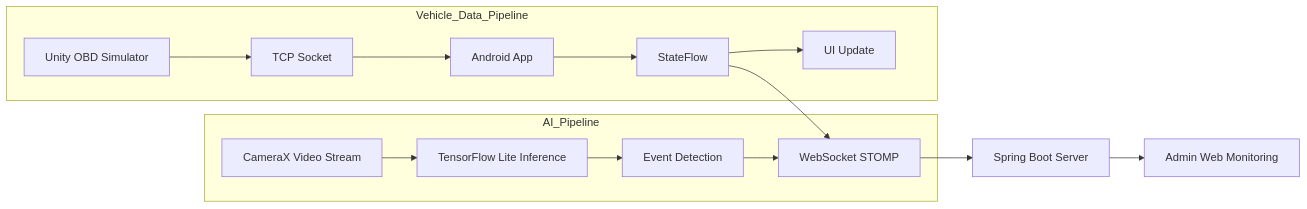
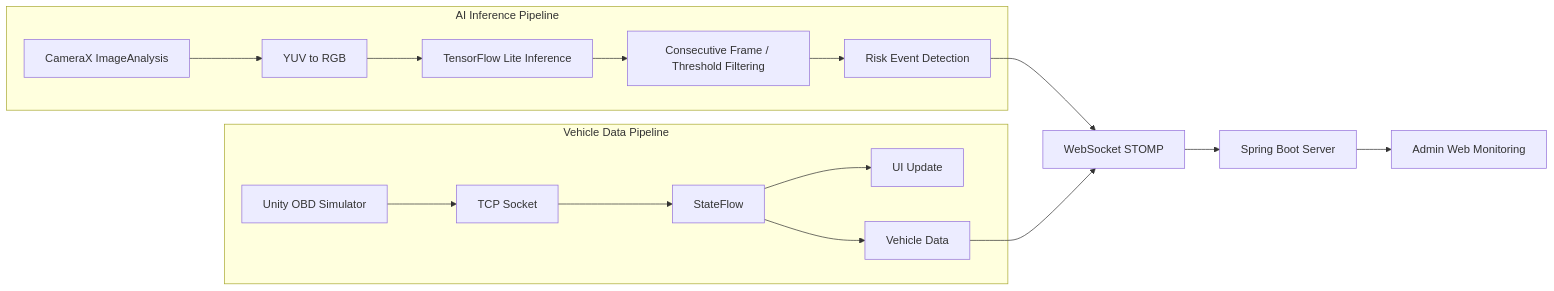
One commit to JinsuPark01/Driver-State-Monitoring-System changed the diagram in README.md. Above: the diagram before and after it, drawn with Mermaid.

````diff
--- a/README.md
+++ b/README.md
@@ -44,20 +44,22 @@
 ```mermaid
 flowchart LR
 
-subgraph AI_Pipeline
-A[CameraX Video Stream] --> B[TensorFlow Lite Inference]
-B --> C[Event Detection]
-C --> D[WebSocket STOMP]
+subgraph AI_Pipeline[AI Inference Pipeline]
+A[CameraX ImageAnalysis] --> B[YUV to RGB]
+B --> C[TensorFlow Lite Inference]
+C --> D[Consecutive Frame / Threshold Filtering]
+D --> E[Risk Event Detection]
 end
 
-subgraph Vehicle_Data_Pipeline
-E[Unity OBD Simulator] --> F[TCP Socket]
-F --> G[Android App]
+subgraph Vehicle_Data_Pipeline[Vehicle Data Pipeline]
+F[Unity OBD Simulator] --> G[TCP Socket]
 G --> H[StateFlow]
 H --> I[UI Update]
-H --> D
+H --> J[Vehicle Data]
 end
 
-D --> J[Spring Boot Server]
-J --> K[Admin Web Monitoring]
+E --> K[WebSocket STOMP]
+J --> K
+K --> L[Spring Boot Server]
+L --> M[Admin Web Monitoring]
 ```
````
